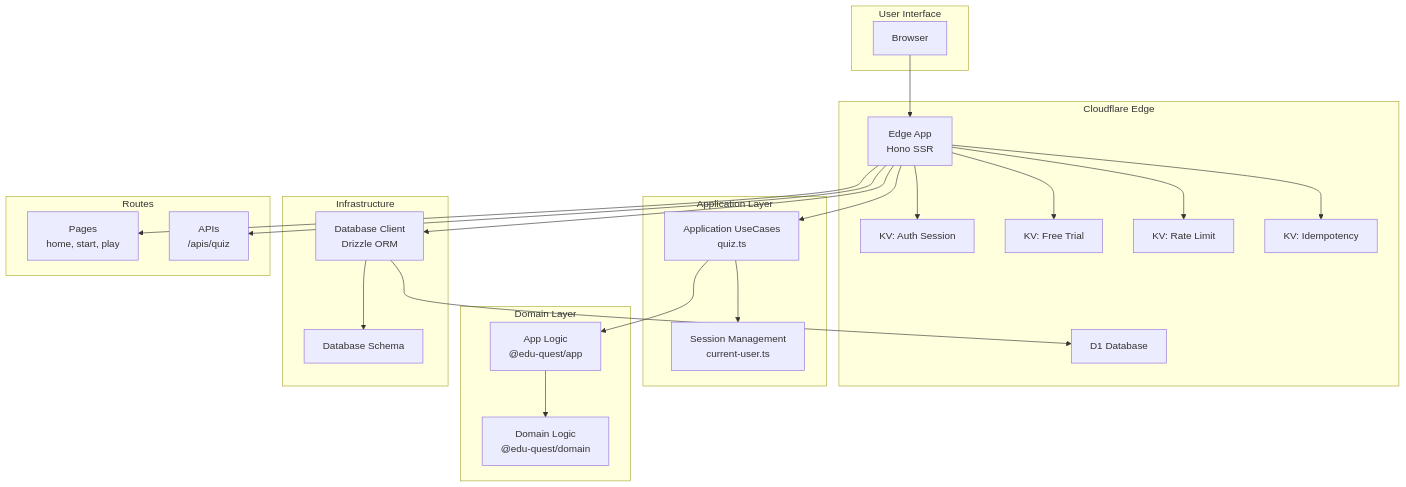
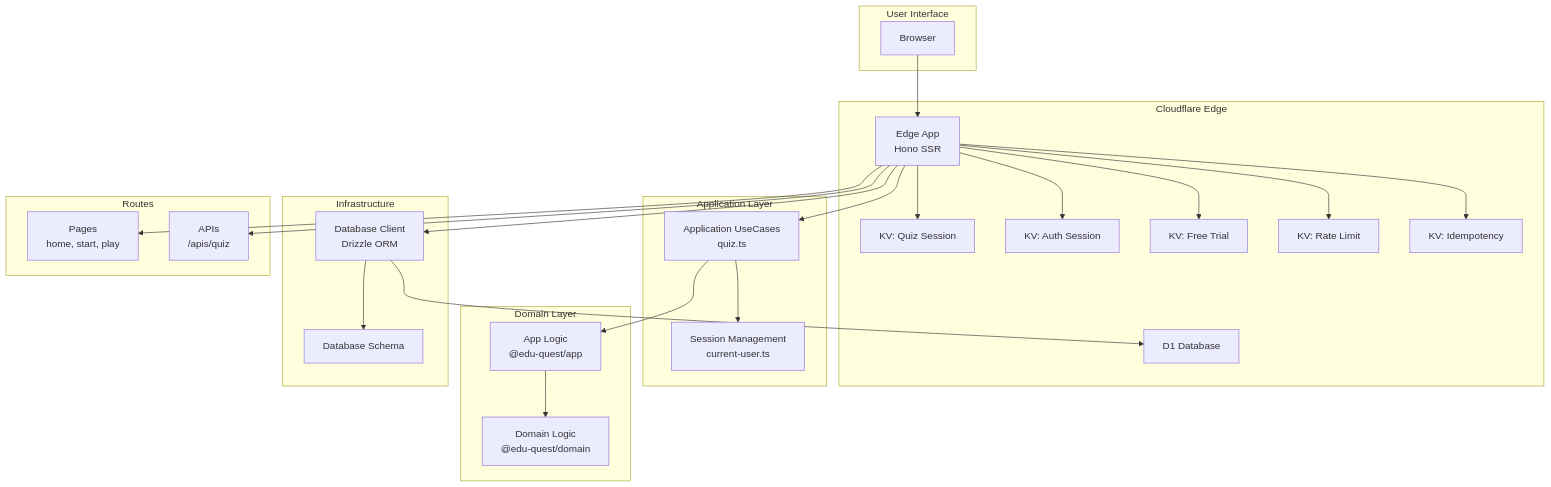
Before and after one commit to tqer39/edu-quest: the diagram in CLAUDE.md, drawn with Mermaid. The commit also changed 6 other files, not shown here.

Commit message:
feat: add KV_QUIZ_SESSION for quiz session management and update related documentation

````diff
--- a/CLAUDE.md
+++ b/CLAUDE.md
@@ -31,50 +31,52 @@
 ```mermaid
 graph TB
     subgraph "User Interface"
         Browser
     end
 
     subgraph "Cloudflare Edge"
         EdgeApp[Edge App<br/>Hono SSR]
+        KV_Quiz[KV: Quiz Session]
         KV_Session[KV: Auth Session]
         KV_Trial[KV: Free Trial]
         KV_Rate[KV: Rate Limit]
         KV_Idempotency[KV: Idempotency]
         D1[D1 Database]
     end
 
     subgraph "Application Layer"
         UseCases[Application UseCases<br/>quiz.ts]
         Session[Session Management<br/>current-user.ts]
     end
 
     subgraph "Domain Layer"
         DomainLogic[Domain Logic<br/>@edu-quest/domain]
         AppLogic[App Logic<br/>@edu-quest/app]
     end
 
     subgraph "Infrastructure"
         Database[Database Client<br/>Drizzle ORM]
         Schema[Database Schema]
     end
 
     subgraph "Routes"
         Pages[Pages<br/>home, start, play]
         APIs[APIs<br/>/apis/quiz]
     end
 
     Browser --> EdgeApp
     EdgeApp --> Pages
     EdgeApp --> APIs
     EdgeApp --> UseCases
     UseCases --> AppLogic
     UseCases --> Session
     AppLogic --> DomainLogic
+    EdgeApp --> KV_Quiz
     EdgeApp --> KV_Session
     EdgeApp --> KV_Trial
     EdgeApp --> KV_Rate
     EdgeApp --> KV_Idempotency
     EdgeApp --> Database
     Database --> D1
     Database --> Schema
 ```
````
